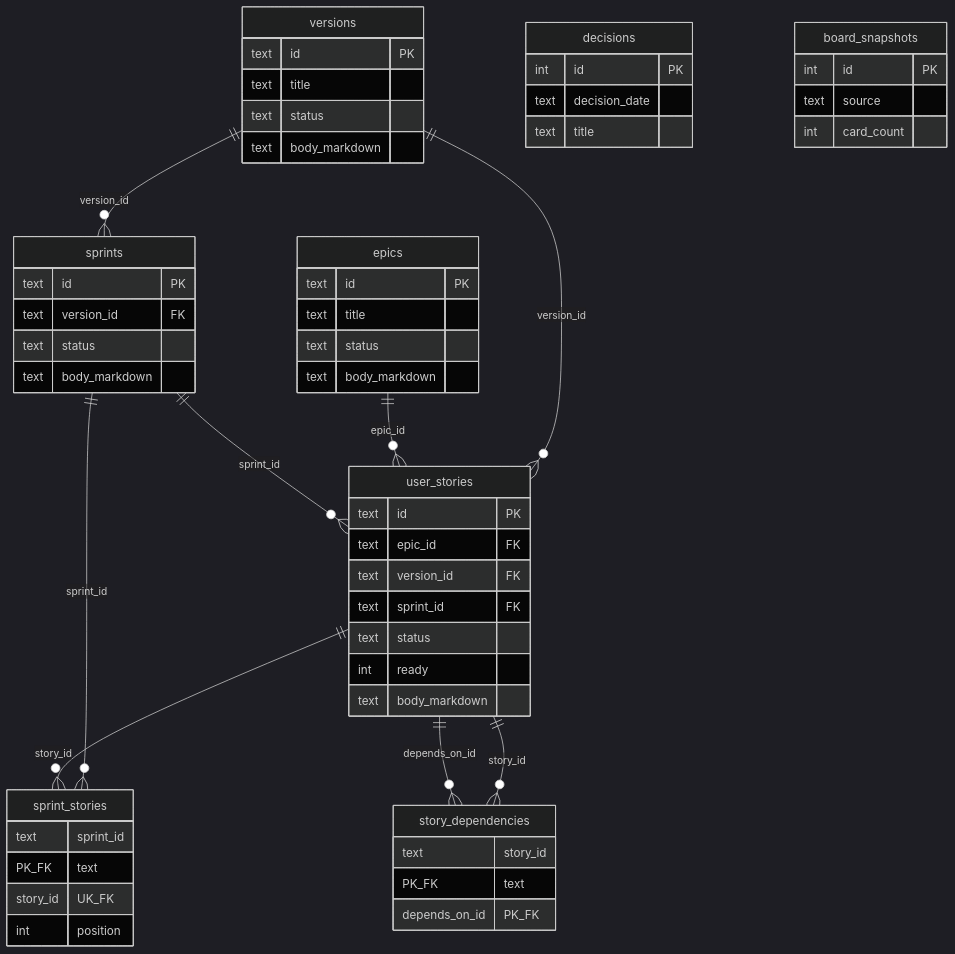
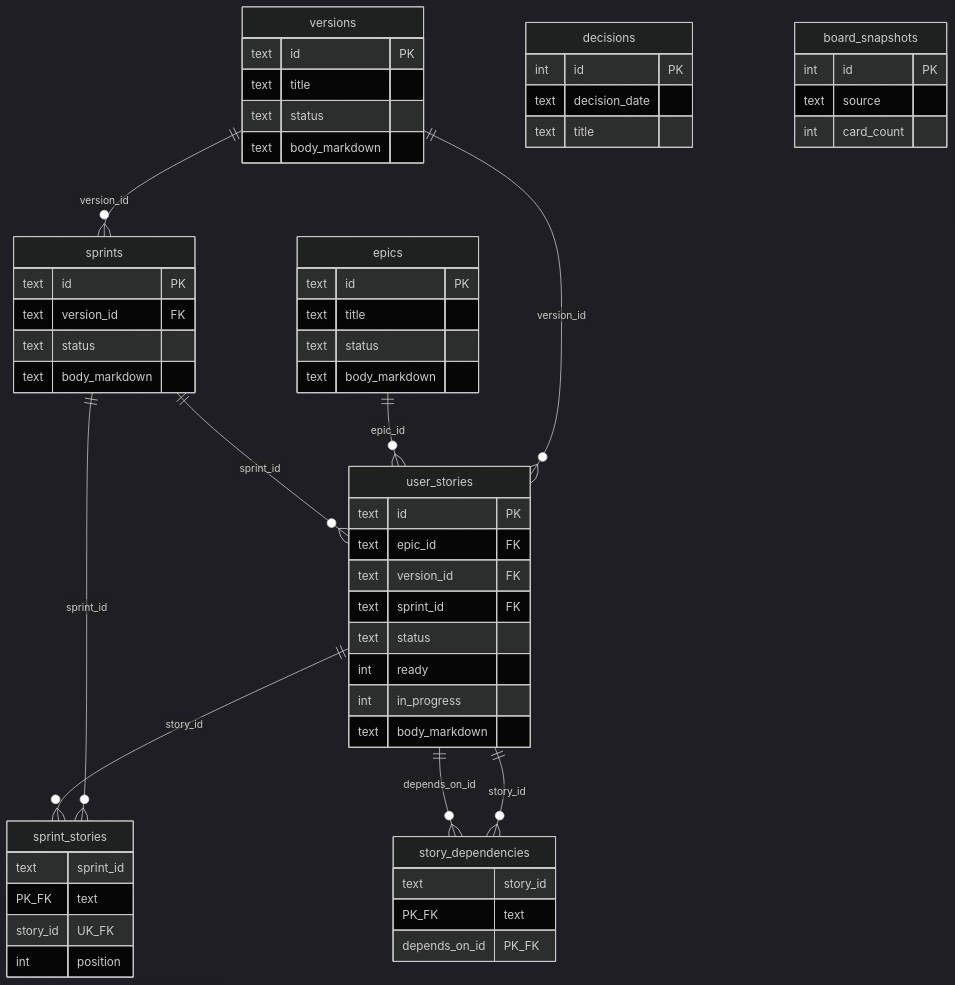
The diagram in docs/architecture/diagrams/meridian-database.md (colabcolibri/meridian), drawn with Mermaid (dark theme) before and after one commit. The commit also changed 129 other files, not shown here.

````diff
--- a/docs/architecture/diagrams/meridian-database.md
+++ b/docs/architecture/diagrams/meridian-database.md
@@ -13,65 +13,66 @@
 ```mermaid
 erDiagram
   versions ||--o{ user_stories : version_id
   epics ||--o{ user_stories : epic_id
   versions ||--o{ sprints : version_id
   sprints ||--o{ user_stories : sprint_id
   sprints ||--o{ sprint_stories : sprint_id
   user_stories ||--o{ sprint_stories : story_id
   user_stories ||--o{ story_dependencies : story_id
   user_stories ||--o{ story_dependencies : depends_on_id
 
   versions {
     text id PK
     text title
     text status
     text body_markdown
   }
 
   epics {
     text id PK
     text title
     text status
     text body_markdown
   }
 
   sprints {
     text id PK
     text version_id FK
     text status
     text body_markdown
   }
 
   user_stories {
     text id PK
     text epic_id FK
     text version_id FK
     text sprint_id FK
     text status
     int ready
+    int in_progress
     text body_markdown
   }
 
   sprint_stories {
     text sprint_id PK_FK
     text story_id UK_FK
     int position
   }
 
   story_dependencies {
     text story_id PK_FK
     text depends_on_id PK_FK
   }
 
   decisions {
     int id PK
     text decision_date
     text title
   }
 
   board_snapshots {
     int id PK
     text source
     int card_count
   }
 ```
````
